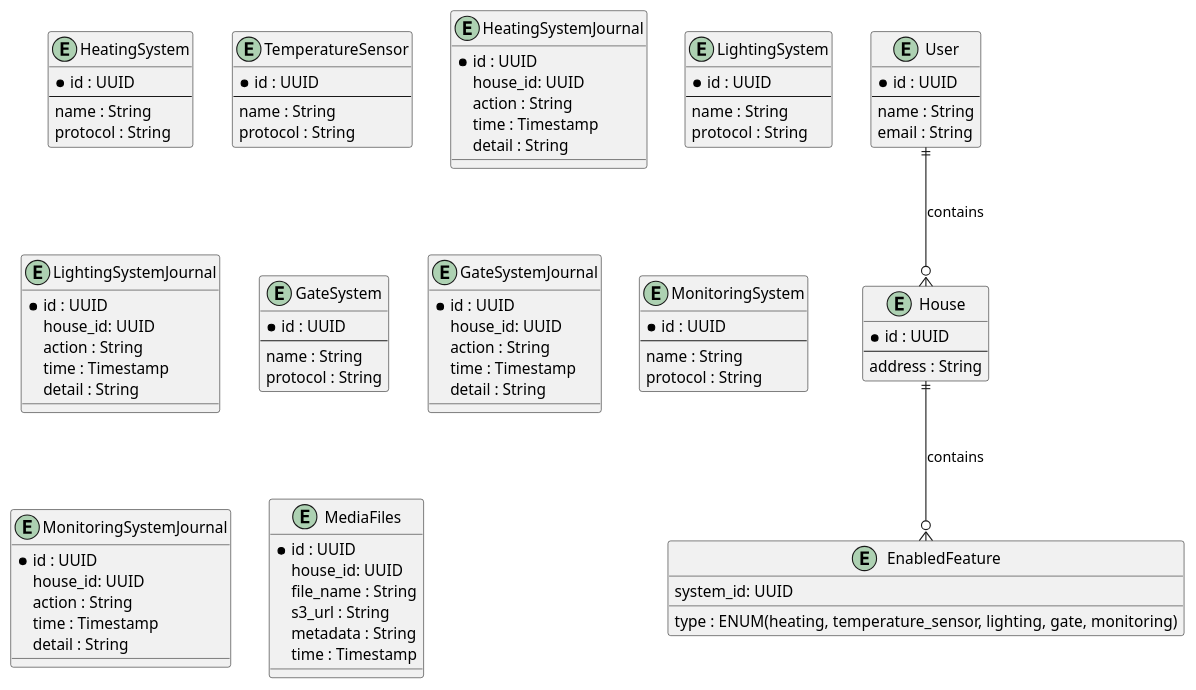
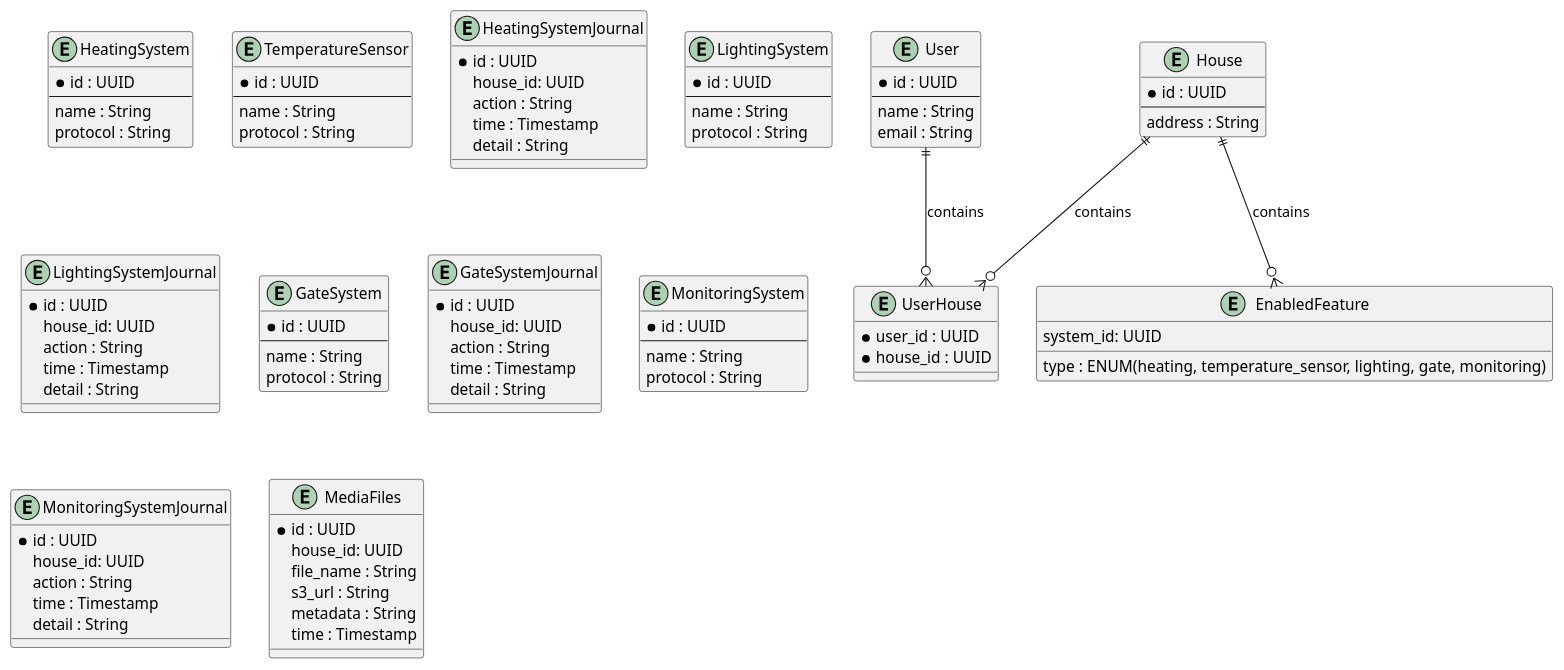
The diagram in diagrams/er/SmartHome.puml (kihana/architecture-sprint-3), drawn with PlantUML before and after one commit. The commit also changed 1 other file, not shown here.

Commit message:
Updated relationship between User and House.

```diff
--- a/diagrams/er/SmartHome.puml
+++ b/diagrams/er/SmartHome.puml
@@ -1,101 +1,107 @@
 @startuml
 
 entity User {
   *id : UUID
   --
   name : String
   email : String
 }
 
 entity House {
   *id : UUID
   --
   address : String
+}
+
+entity UserHouse {
+  *user_id : UUID
+  *house_id : UUID
 }
 
 entity EnabledFeature {
   type : ENUM(heating, temperature_sensor, lighting, gate, monitoring)
   system_id: UUID
 }
 
 entity HeatingSystem {
   *id : UUID
   --
   name : String
   protocol : String
 }
 
 entity TemperatureSensor {
   *id : UUID
   --
   name : String
   protocol : String
 }
 
 entity HeatingSystemJournal {
     *id : UUID
     house_id: UUID
     action : String
     time : Timestamp
     detail : String
 }
 
 entity LightingSystem {
   *id : UUID
   --
   name : String
   protocol : String
 }
 
 
 entity LightingSystemJournal {
     *id : UUID
     house_id: UUID
     action : String
     time : Timestamp
     detail : String
 }
 
 entity GateSystem {
   *id : UUID
   --
   name : String
   protocol : String
 }
 
 entity GateSystemJournal {
     *id : UUID
     house_id: UUID
     action : String
     time : Timestamp
     detail : String
 }
 
 entity MonitoringSystem {
   *id : UUID
   --
   name : String
   protocol : String
 }
 
 entity MonitoringSystemJournal {
     *id : UUID
     house_id: UUID
     action : String
     time : Timestamp
     detail : String
 }
 
 entity MediaFiles{
     *id : UUID
     house_id: UUID
     file_name : String
     s3_url : String
     metadata : String
     time : Timestamp
 }
 
-User ||--o{ House : "contains"
+User ||--o{ UserHouse : "contains"
+House ||--o{ UserHouse : "contains"
 House ||--o{ EnabledFeature : "contains"
 
 @enduml
```
